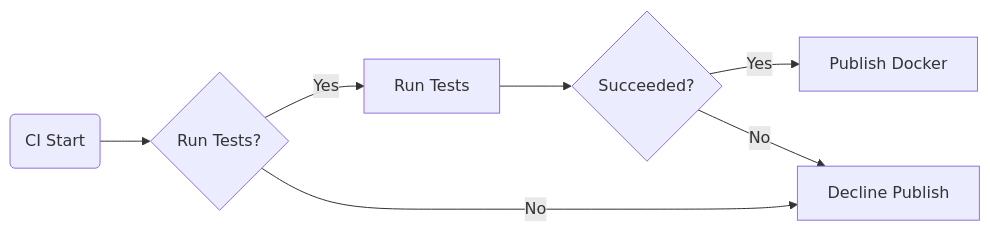
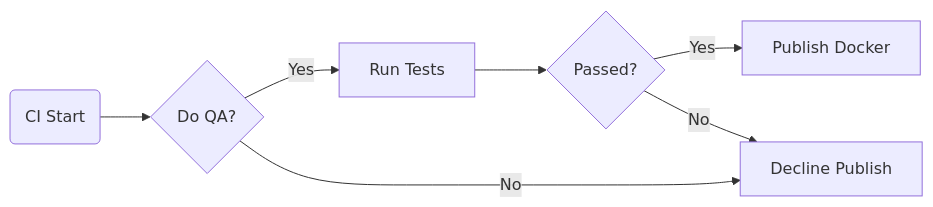
Before and after one commit to boromir674/automated-workflows: the first of 2 diagrams in README.md, drawn with Mermaid. The commit also changed other lines of this file, not shown here.

````diff
--- a/README.md
+++ b/README.md
@@ -30,9 +38,9 @@
 ```mermaid
 graph LR
-workflow_triggered("CI Start") --> rt{"Run Tests?"}
+workflow_triggered("CI Start") --> rt{"Do QA?"}
 rt -- Yes --> cit
-cit["Run Tests"] --> ifpass{"Succeeded?"}
+cit["Run Tests"] --> ifpass{"Passed?"}
 ifpass -- "Yes" --> run_docker["Publish Docker"]
 ifpass -- "No" --> do_not_publish_broken_build["Decline Publish"]
 rt -- No --> do_not_publish_broken_build
 ```
````
